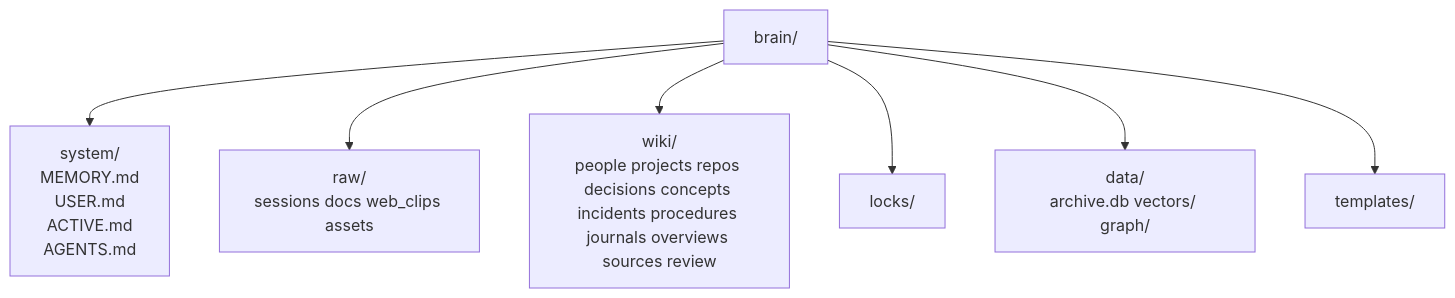
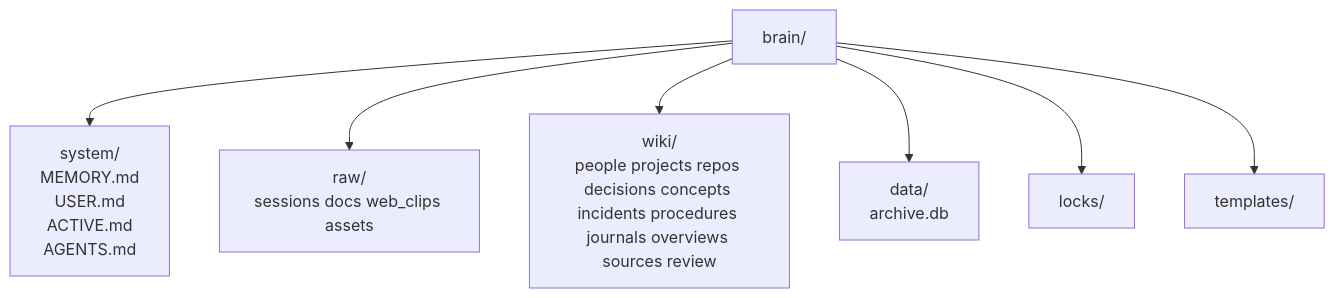
Before and after one commit to Jianyu010/MnemonicOS: the third of 7 diagrams in README.md, drawn with Mermaid. The commit also changed other lines of this file and 19 other files, not shown here.

````diff
--- a/README.md
+++ b/README.md
@@ -50,10 +38,10 @@
 ```mermaid
 flowchart TD
     brain["brain/"]
     brain --> system["system/<br/>MEMORY.md<br/>USER.md<br/>ACTIVE.md<br/>AGENTS.md"]
     brain --> raw["raw/<br/>sessions docs web_clips assets"]
     brain --> wiki["wiki/<br/>people projects repos decisions concepts incidents procedures journals overviews sources review"]
+    brain --> data["data/<br/>archive.db"]
     brain --> locks["locks/"]
-    brain --> data["data/<br/>archive.db vectors/ graph/"]
     brain --> templates["templates/"]
 ```
````
